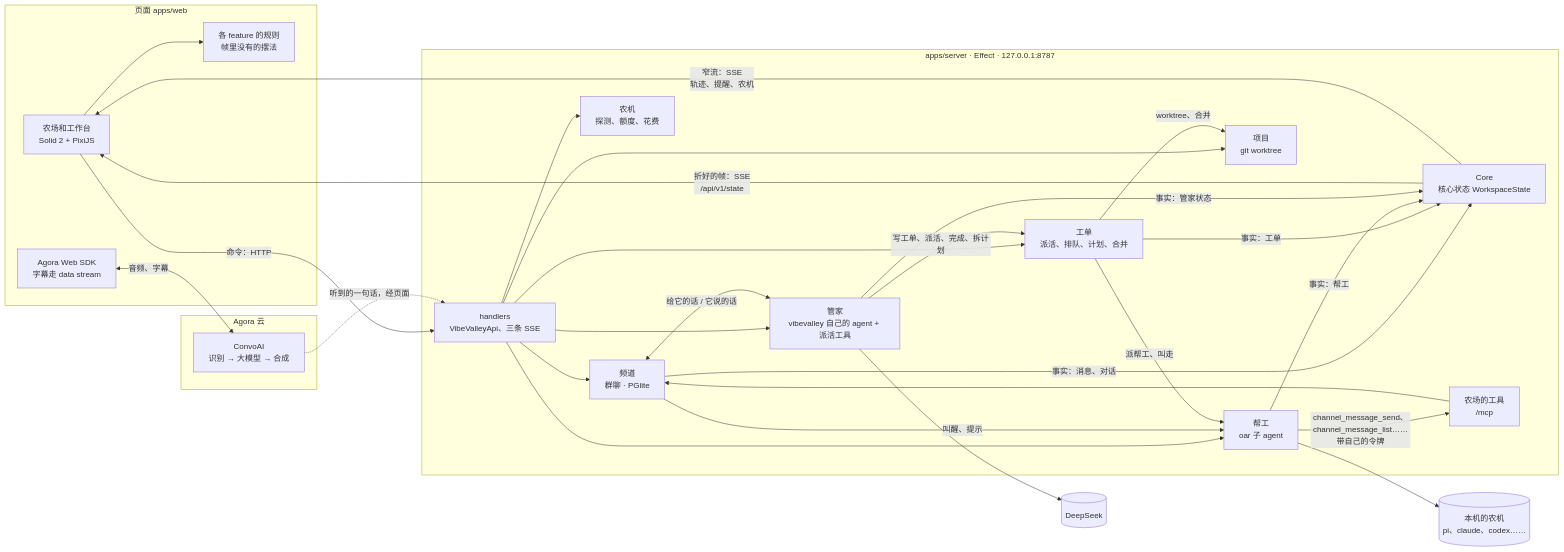
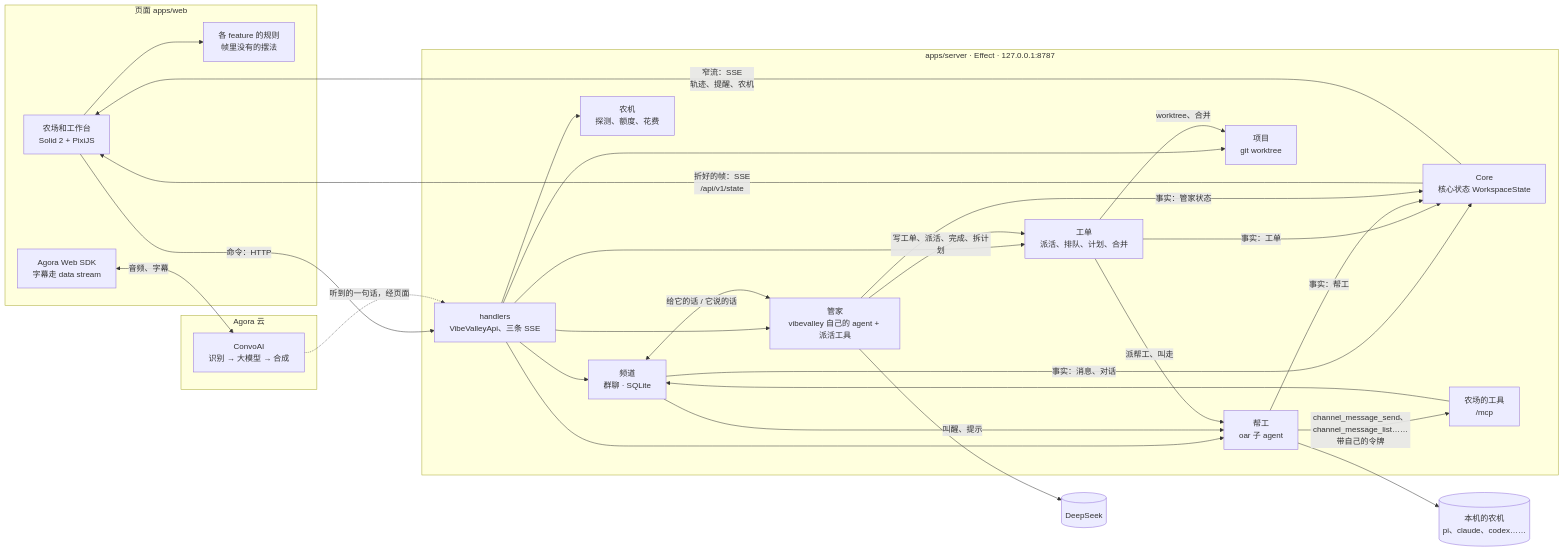
The diagram in docs/architecture.md (vibevalleyhq/vibevalley), drawn with Mermaid before and after one commit. The commit also changed other lines of this file and 342 other files, not shown here.

````diff
--- a/docs/architecture.md
+++ b/docs/architecture.md
@@ -5,48 +5,48 @@
 ```mermaid
 flowchart LR
   subgraph Page[页面 apps/web]
     UI[农场和工作台<br/>Solid 2 + PixiJS]
     RULES[各 feature 的规则<br/>帧里没有的摆法]
     RTC[Agora Web SDK<br/>字幕走 data stream]
   end
 
   subgraph Server[apps/server · Effect · 127.0.0.1:8787]
     API[handlers<br/>VibeValleyApi、三条 SSE]
     SITE[Core<br/>核心状态 WorkspaceState]
     FM[管家<br/>vibevalley 自己的 agent + 派活工具]
-    CHAT[频道<br/>群聊 · PGlite]
+    CHAT[频道<br/>群聊 · SQLite]
     MCP[农场的工具<br/>/mcp]
     TK[工单<br/>派活、排队、计划、合并]
     CREW[帮工<br/>oar 子 agent]
     PRJ[项目<br/>git worktree]
     RT[农机<br/>探测、额度、花费]
   end
 
   subgraph Agora[Agora 云]
     CAI[ConvoAI<br/>识别 → 大模型 → 合成]
   end
 
   AGENTS[(本机的农机<br/>pi、claude、codex……)]
   DS[(DeepSeek)]
 
   UI --> RULES
   UI -->|命令：HTTP| API
   SITE -->|折好的帧：SSE<br/>/api/v1/state| UI
   SITE -->|窄流：SSE<br/>轨迹、提醒、农机| UI
   API --> CHAT & FM & TK & CREW & PRJ & RT
   CHAT <-->|给它的话 / 它说的话| FM
   CHAT -->|叫醒、提示| CREW
   CREW -->|channel_message_send、channel_message_list……<br/>带自己的令牌| MCP
   MCP --> CHAT
   FM -->|写工单、派活、完成、拆计划| TK
   TK -->|派帮工、叫走| CREW
   TK -->|worktree、合并| PRJ
   CREW --> AGENTS
   FM --> DS
   CHAT -->|事实：消息、对话| SITE
   TK -->|事实：工单| SITE
   CREW -->|事实：帮工| SITE
   FM -->|事实：管家状态| SITE
   RTC <-->|音频、字幕| CAI
   CAI -.->|听到的一句话，经页面| API
 ```
````
